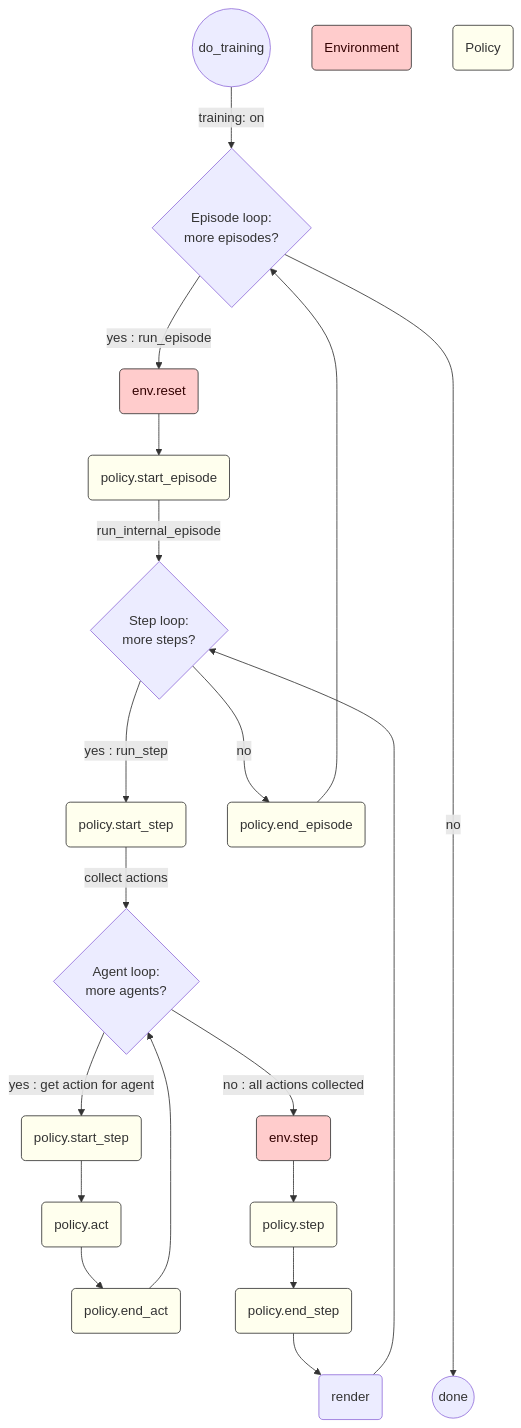
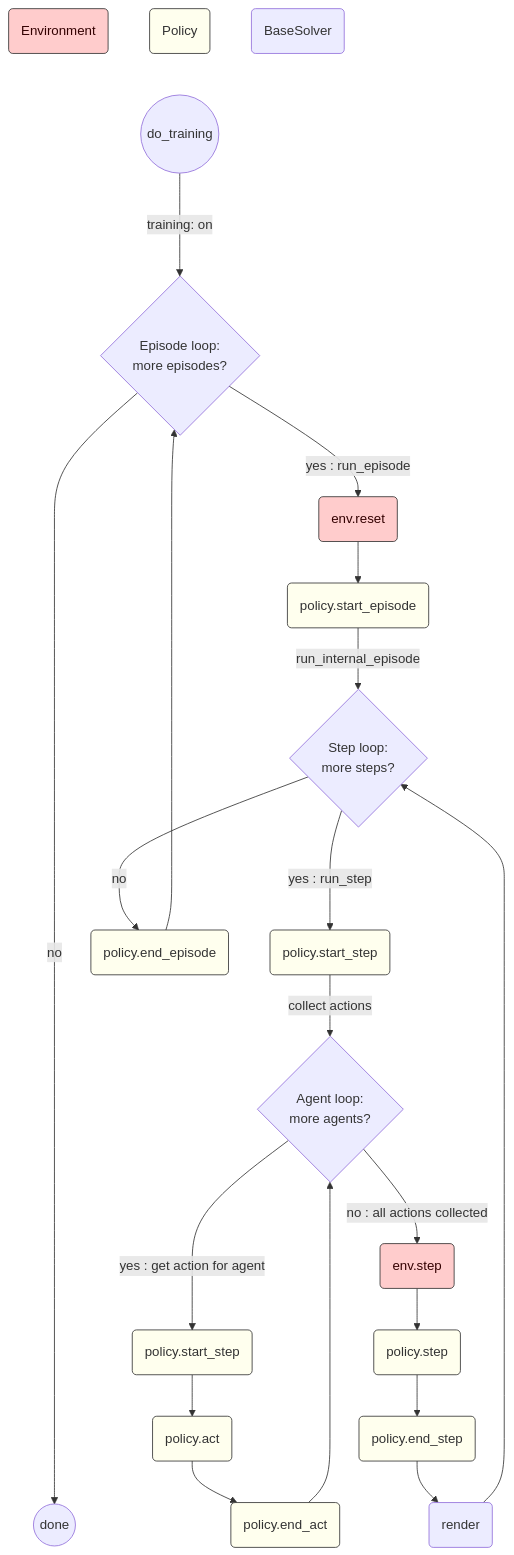
The third of 3 diagrams in README.md (aiAdrian/flatland_solver_policy), drawn with Mermaid before and after one commit.

````diff
--- a/README.md
+++ b/README.md
@@ -108,39 +108,42 @@
 ```mermaid
 flowchart TD
-    Solver((do_training))
-    Solver --> |training: on| C{Episode loop:\n more episodes?}
-    C -------------> |no| End(( done ))
+    Env(Environment)
+    Policy(Policy)
+    Solver(BaseSolver)
+    Policy ~~~ Root
+    Root((do_training))
+    Root ---> |training: on| C{Episode loop:\n more episodes?}
+    C --------------> |no| End(( done ))
     C --> |yes : run_episode| D0(env.reset)
     D0 --> D2(policy.start_episode)
     D2 --> |run_internal_episode| E{Step loop:\n more steps?}
     F1 --> |collect actions| G{Agent loop:\n more agents?}
     E ---> |yes : run_step| F1(policy.start_step)
-    G -->  |yes : get action for agent| G1(policy.start_step)
+    G --->  |yes : get action for agent| G1(policy.start_step)
     G1 --> G2(policy.act)
     G2 --> G3(policy.end_act)
     G3 --> G
     G --> |no : all actions collected|F2(env.step)
     F2 --> F3(policy.step)
     F3 --> F4(policy.end_step)
     F6 --> E 
+    F4 --> F6(render)
+
+    E ---> |no| D4(policy.end_episode)
     D4 --> C
-    E ---> |no| D4(policy.end_episode)
-    F4 --> F6(render)
-    
-    Env(Environment)
-    Policy(Policy)
+
     
     style D2 fill:#ffe,stroke:#333,stroke-width:1px 
     style F1 fill:#ffe,stroke:#333,stroke-width:1px 
-    style D4 fill:#ffe,stroke:#333,stroke-width:1px 
+    style D4 fill:#ffe,stroke:#333,stroke-width:1px
     style G1 fill:#ffe,stroke:#333,stroke-width:1px 
     style G2 fill:#ffe,stroke:#333,stroke-width:1px 
     style G3 fill:#ffe,stroke:#333,stroke-width:1px 
     style F3 fill:#ffe,stroke:#333,stroke-width:1px 
     style F4 fill:#ffe,stroke:#333,stroke-width:1px 
 
     style Policy fill:#ffe,stroke:#333,stroke-width:1px 
     style D0 fill:#fcc,stroke:#333,stroke-width:1px,color:#300
     style F2 fill:#fcc,stroke:#333,stroke-width:1px,color:#300
-    style Env fill:#fcc,stroke:#333,stroke-width:1px,color:#300
+    style Env fill:#fcc,stroke:#333,stroke-width:1px,color:#300        
 ```
````
